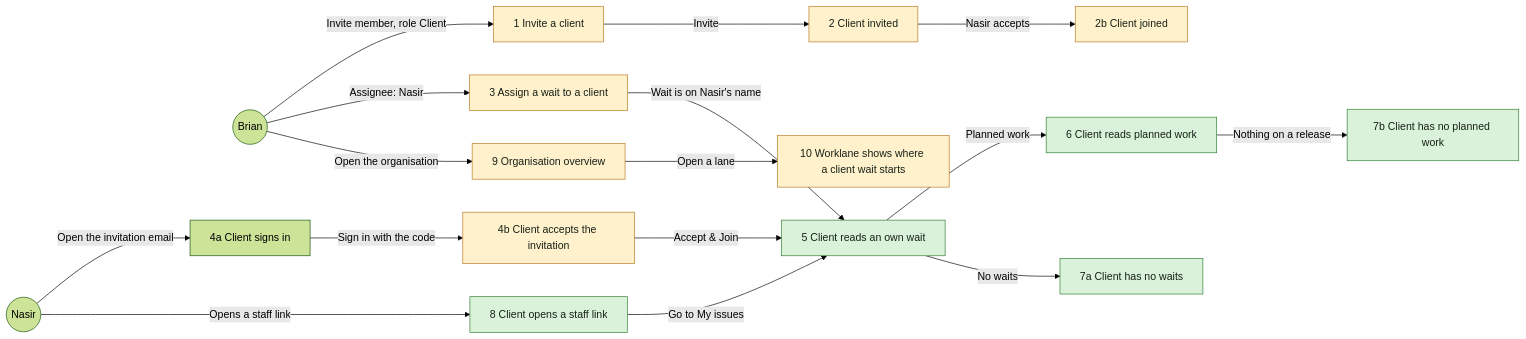
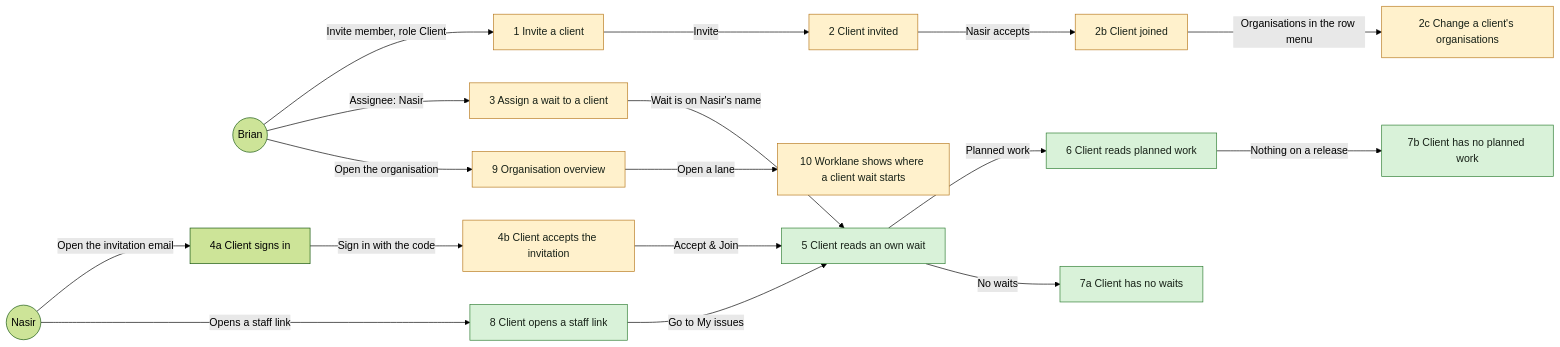
Before and after one commit to appboypov/multica: the diagram in designs/screens/client-access.md, drawn with Mermaid (forest theme). The commit also changed other lines of this file and 22 other files, not shown here.

````diff
--- a/designs/screens/client-access.md
+++ b/designs/screens/client-access.md
@@ -7,35 +7,37 @@
 ```mermaid
 flowchart LR
 classDef new fill:#d9f2d9,stroke:#2e7d32,color:#172117
 classDef changed fill:#fff1cc,stroke:#b7791f,color:#172117
 B((Brian))
 C((Nasir))
 S1[1 Invite a client]:::changed
 S2[2 Client invited]:::changed
 S2b[2b Client joined]:::changed
+S2c[2c Change a client's organisations]:::changed
 S3[3 Assign a wait to a client]:::changed
 S4a[4a Client signs in]
 S4b[4b Client accepts the invitation]:::changed
 S5[5 Client reads an own wait]:::new
 S6[6 Client reads planned work]:::new
 S7a[7a Client has no waits]:::new
 S7b[7b Client has no planned work]:::new
 S8[8 Client opens a staff link]:::new
 S9[9 Organisation overview]:::changed
 S10[10 Worklane shows where a client wait starts]:::changed
 B -->|Invite member, role Client| S1
 S1 -->|Invite| S2
 C -->|Open the invitation email| S4a
 S4a -->|Sign in with the code| S4b
 S4b -->|Accept & Join| S5
 S2 -->|Nasir accepts| S2b
+S2b -->|Organisations in the row menu| S2c
 B -->|Assignee: Nasir| S3
 S3 -->|Wait is on Nasir's name| S5
 S5 -->|Planned work| S6
 S5 -->|No waits| S7a
 S6 -->|Nothing on a release| S7b
 C -->|Opens a staff link| S8
 S8 -->|Go to My issues| S5
 B -->|Open the organisation| S9
 S9 -->|Open a lane| S10
 ```
````
